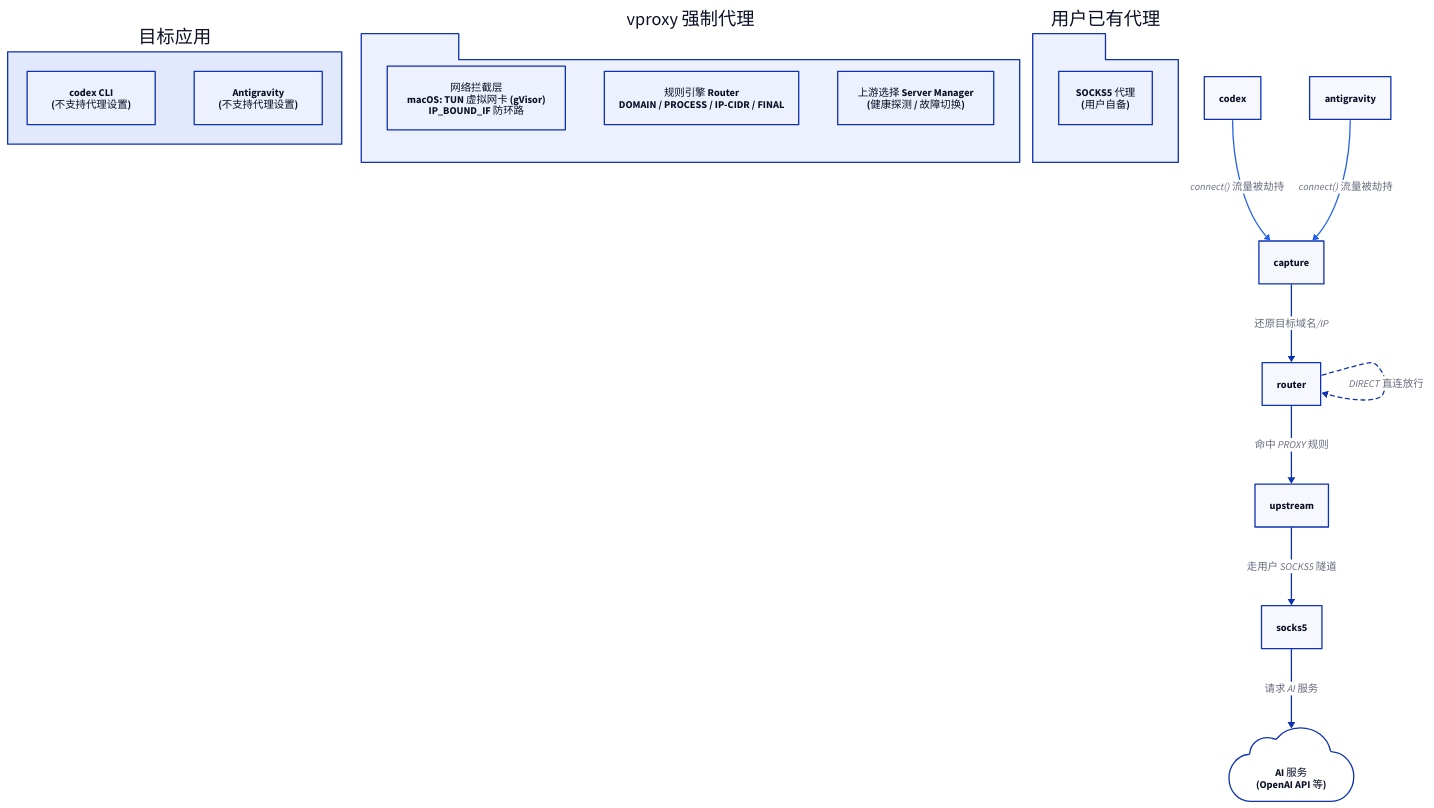
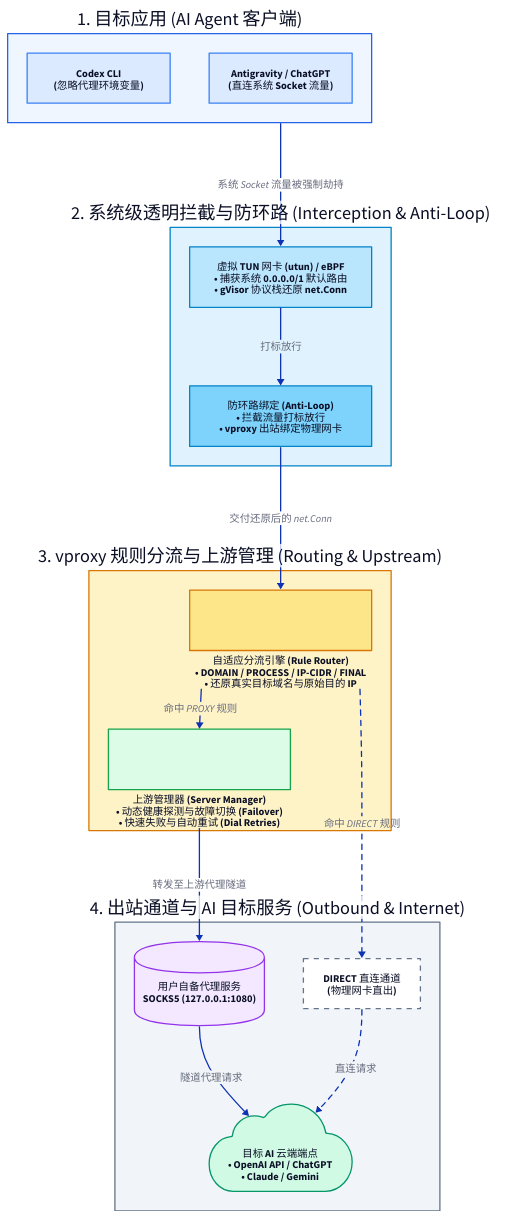
Before and after one commit to qtopie/qtopie.github.io: the diagram in posts/vproxy/vproxy-for-ai-agents/vproxy-codex-traffic.d2, drawn with D2. The commit also changed 341 other files, not shown here.

```diff
--- a/posts/vproxy/vproxy-for-ai-agents/vproxy-codex-traffic.d2
+++ b/posts/vproxy/vproxy-for-ai-agents/vproxy-codex-traffic.d2
@@ -1,36 +1,101 @@
 direction: down
 
-app_zone: "目标应用" {
-  codex: "codex CLI\n(不支持代理设置)"
-  antigravity: "Antigravity\n(不支持代理设置)"
+app_layer: "1. 目标应用 (AI Agent 客户端)" {
+  direction: right
+  style.fill: "#EFF6FF"
+  style.stroke: "#2563EB"
+
+  codex: "Codex CLI\n(忽略代理环境变量)" {
+    style.fill: "#DBEAFE"
+    style.stroke: "#3B82F6"
+    width: 220
+  }
+  antigravity: "Antigravity / ChatGPT\n(直连系统 Socket 流量)" {
+    style.fill: "#DBEAFE"
+    style.stroke: "#3B82F6"
+    width: 220
+  }
 }
 
-intercept_zone: "vproxy 强制代理" {
-  shape: package
-  capture: "网络拦截层\nmacOS: TUN 虚拟网卡 (gVisor)\nIP_BOUND_IF 防环路"
-  router: "规则引擎 Router\nDOMAIN / PROCESS / IP-CIDR / FINAL"
-  upstream: "上游选择 Server Manager\n(健康探测 / 故障切换)"
+intercept_layer: "2. 系统级透明拦截与防环路 (Interception & Anti-Loop)" {
+  direction: right
+  style.fill: "#E0F2FE"
+  style.stroke: "#0284C7"
+
+  tun: "虚拟 TUN 网卡 (utun) / eBPF\n• 捕获系统 0.0.0.0/1 默认路由\n• gVisor 协议栈还原 net.Conn" {
+    style.fill: "#BAE6FD"
+    style.stroke: "#0284C7"
+    width: 280
+  }
+
+  anti_loop: "防环路绑定 (Anti-Loop)\n• 拦截流量打标放行\n• vproxy 出站绑定物理网卡" {
+    style.fill: "#7DD3FC"
+    style.stroke: "#0284C7"
+    style.bold: true
+    width: 280
+  }
+
+  tun -> anti_loop: "打标放行"
 }
 
-socks_zone: "用户已有代理" {
-  shape: package
-  socks5: "SOCKS5 代理\n(用户自备)"
+routing_layer: "3. vproxy 规则分流与上游管理 (Routing & Upstream)" {
+  direction: right
+  style.fill: "#FEF3C7"
+  style.stroke: "#D97706"
+
+  router: "自适应分流引擎 (Rule Router)\n• DOMAIN / PROCESS / IP-CIDR / FINAL\n• 还原真实目标域名与原始目的 IP" {
+    style.fill: "#FDE68A"
+    style.stroke: "#D97706"
+    style.bold: true
+    width: 280
+  }
+
+  upstream_mgr: "上游管理器 (Server Manager)\n• 动态健康探测与故障切换 (Failover)\n• 快速失败与自动重试 (Dial Retries)" {
+    style.fill: "#DCFCE7"
+    style.stroke: "#16A34A"
+    style.bold: true
+    width: 280
+  }
+
+  router -> upstream_mgr: "命中 PROXY 规则"
 }
 
-internet: "AI 服务\n(OpenAI API 等)" {
-  shape: cloud
+outbound_layer: "4. 出站通道与 AI 目标服务 (Outbound & Internet)" {
+  direction: right
+  style.fill: "#F1F5F9"
+  style.stroke: "#64748B"
+
+  socks5: "用户自备代理服务\nSOCKS5 (127.0.0.1:1080)" {
+    shape: cylinder
+    style.fill: "#F3E8FF"
+    style.stroke: "#9333EA"
+    width: 200
+  }
+
+  direct_exit: "DIRECT 直连通道\n(物理网卡直出)" {
+    style.fill: "#FFFFFF"
+    style.stroke: "#64748B"
+    style.stroke-dash: 4
+    width: 180
+  }
+
+  ai_cloud: "目标 AI 云端端点\n• OpenAI API / ChatGPT\n• Claude / Gemini" {
+    shape: cloud
+    style.fill: "#D1FAE5"
+    style.stroke: "#059669"
+    style.bold: true
+    width: 220
+  }
+
+  socks5 -> ai_cloud: "隧道代理请求"
+  direct_exit -> ai_cloud: "直连请求" {
+    style.stroke-dash: 4
+  }
 }
 
-codex -> capture: "connect() 流量被劫持" {
-  style.stroke: "#2563eb"
+app_layer -> intercept_layer.tun: "系统 Socket 流量被强制劫持"
+intercept_layer.anti_loop -> routing_layer.router: "交付还原后的 net.Conn"
+routing_layer.router -> outbound_layer.direct_exit: "命中 DIRECT 规则" {
+  style.stroke-dash: 4
 }
-antigravity -> capture: "connect() 流量被劫持" {
-  style.stroke: "#2563eb"
-}
-capture -> router: "还原目标域名/IP"
-router -> upstream: "命中 PROXY 规则"
-router -> router: "DIRECT 直连放行" {
-  style.stroke-dash: 3
-}
-upstream -> socks5: "走用户 SOCKS5 隧道"
-socks5 -> internet: "请求 AI 服务"
+routing_layer.upstream_mgr -> outbound_layer.socks5: "转发至上游代理隧道"
```
